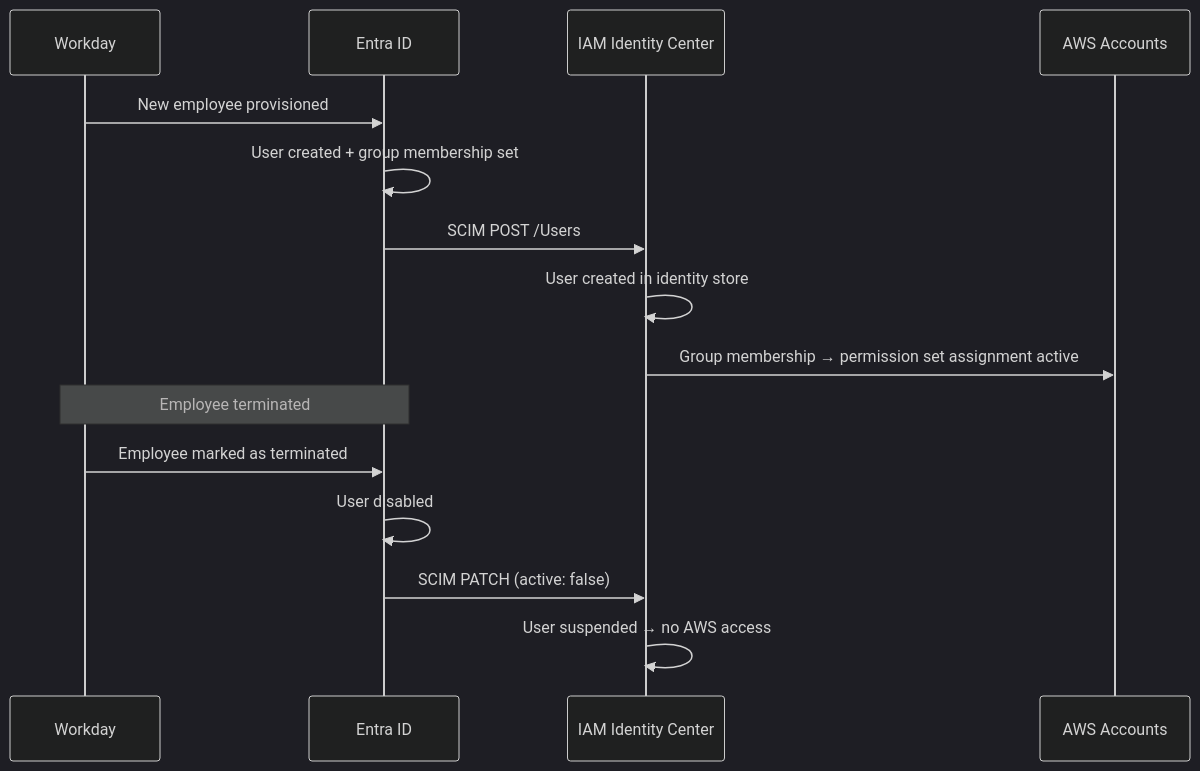
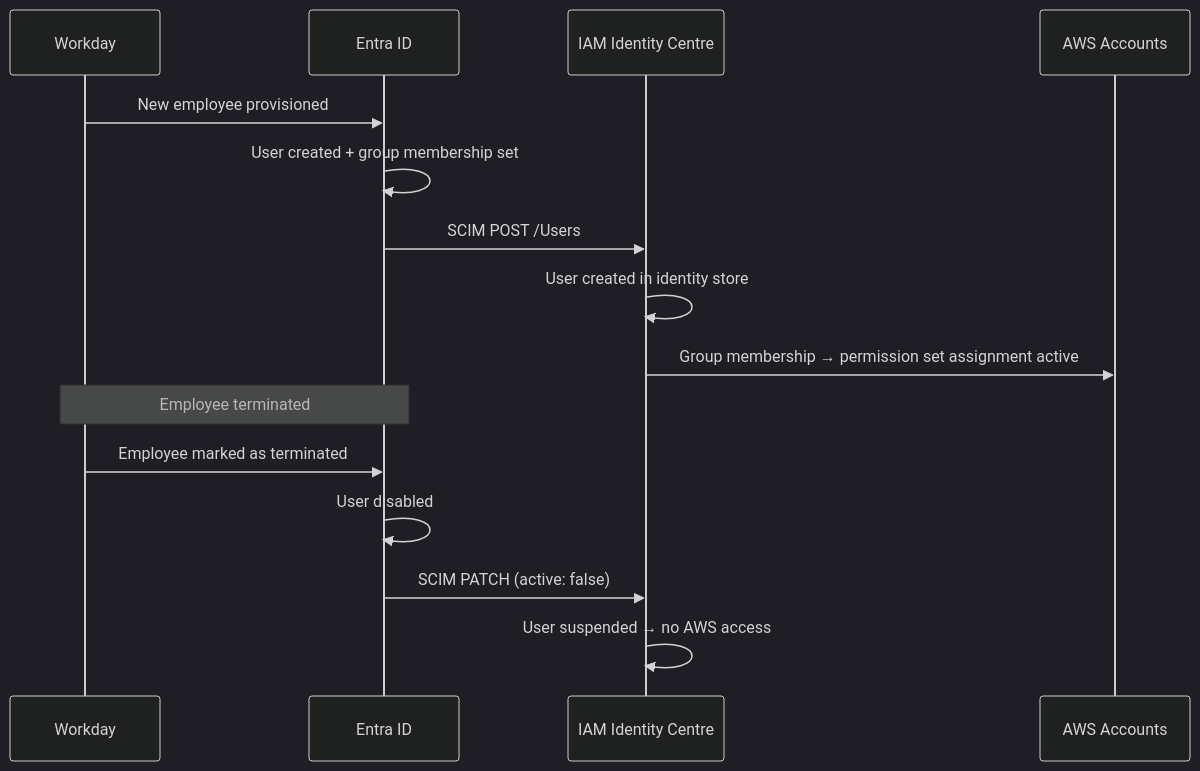
The second of 2 diagrams in InnoGrid_Solutions/04-federation-sso/design.md (MikeEmpire1/iam-engineer-works), drawn with Mermaid (dark theme) before and after one commit. The commit also changed other lines of this file and 30 other files, not shown here.

````diff
--- a/InnoGrid_Solutions/04-federation-sso/design.md
+++ b/InnoGrid_Solutions/04-federation-sso/design.md
@@ -49,19 +49,19 @@
 ```mermaid
 sequenceDiagram
     participant HR as Workday
     participant Entra as Entra ID
-    participant IC as IAM Identity Center
+    participant IC as IAM Identity Centre
     participant AWS as AWS Accounts
 
     HR->>Entra: New employee provisioned
     Entra->>Entra: User created + group membership set
     Entra->>IC: SCIM POST /Users
     IC->>IC: User created in identity store
     IC->>AWS: Group membership → permission set assignment active
 
     Note over HR,Entra: Employee terminated
     HR->>Entra: Employee marked as terminated
     Entra->>Entra: User disabled
     Entra->>IC: SCIM PATCH (active: false)
     IC->>IC: User suspended → no AWS access
 ```
````
